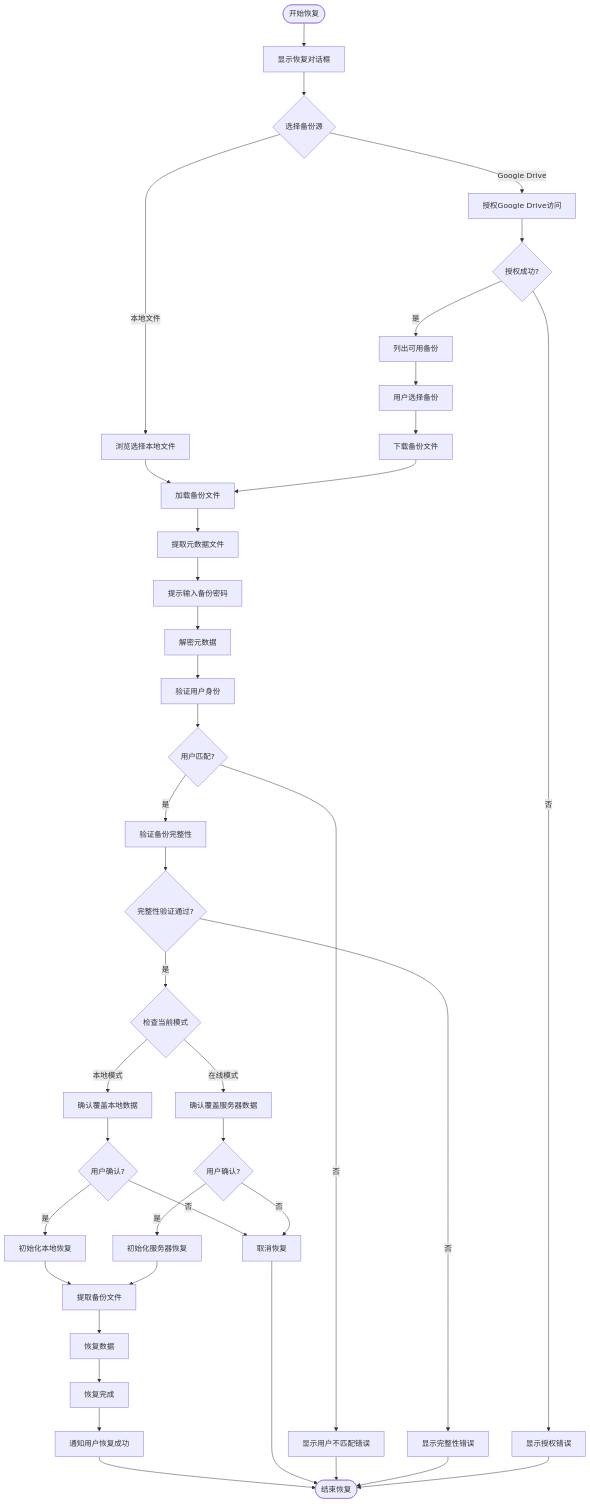
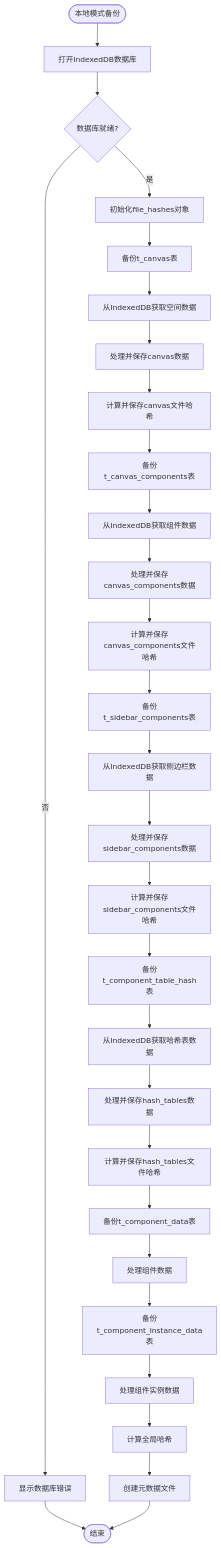
Before and after one commit to yingjianzh/iodraw-files: the diagram in all/未命名-53.md, drawn with Mermaid.

Commit message:
2025-05-09 15:37:31 update

````diff
--- a/all/未命名-53.md
+++ b/all/未命名-53.md
@@ -1,57 +1,41 @@
 ```mermaid
 flowchart TD
-    Start([开始恢复]) --> ShowRestoreDialog[显示恢复对话框]
-    ShowRestoreDialog --> SelectSource{选择备份源}
+    Start([本地模式备份]) --> OpenDB[打开IndexedDB数据库]
+    OpenDB --> DBReady{数据库就绪?}
     
-    SelectSource -->|本地文件| BrowseLocal[浏览选择本地文件]
-    SelectSource -->|Google Drive| AuthGDrive[授权Google Drive访问]
+    DBReady -->|否| ShowDBError[显示数据库错误]
+    DBReady -->|是| InitHashObject[初始化file_hashes对象]
     
-    BrowseLocal --> LoadBackupFile[加载备份文件]
+    ShowDBError --> End([结束])
     
-    AuthGDrive --> AuthSuccess{授权成功?}
-    AuthSuccess -->|否| ShowAuthError[显示授权错误]
-    AuthSuccess -->|是| ListGDriveBackups[列出可用备份]
+    InitHashObject --> BackupCanvas[备份t_canvas表]
+    BackupCanvas --> GetCanvasFromDB[从IndexedDB获取空间数据]
+    GetCanvasFromDB --> ProcessCanvasFile[处理并保存canvas数据]
+    ProcessCanvasFile --> AddCanvasHash[计算并保存canvas文件哈希]
     
-    ListGDriveBackups --> SelectBackup[用户选择备份]
-    SelectBackup --> DownloadBackup[下载备份文件]
-    DownloadBackup --> LoadBackupFile
+    AddCanvasHash --> BackupCanvasComps[备份t_canvas_components表]
+    BackupCanvasComps --> GetCanvasCompsFromDB[从IndexedDB获取组件数据]
+    GetCanvasCompsFromDB --> ProcessCanvasCompsFile[处理并保存canvas_components数据]
+    ProcessCanvasCompsFile --> AddCanvasCompsHash[计算并保存canvas_components文件哈希]
     
-    LoadBackupFile --> ExtractMetadata[提取元数据文件]
-    ExtractMetadata --> PromptPassword[提示输入备份密码]
-    PromptPassword --> DecryptMetadata[解密元数据]
+    AddCanvasCompsHash --> BackupSidebarComps[备份t_sidebar_components表]
+    BackupSidebarComps --> GetSidebarCompsFromDB[从IndexedDB获取侧边栏数据]
+    GetSidebarCompsFromDB --> ProcessSidebarCompsFile[处理并保存sidebar_components数据]
+    ProcessSidebarCompsFile --> AddSidebarCompsHash[计算并保存sidebar_components文件哈希]
     
-    DecryptMetadata --> ValidateUser[验证用户身份]
-    ValidateUser --> UserValid{用户匹配?}
+    AddSidebarCompsHash --> BackupHashTables[备份t_component_table_hash表]
+    BackupHashTables --> GetHashTablesFromDB[从IndexedDB获取哈希表数据]
+    GetHashTablesFromDB --> ProcessHashTablesFile[处理并保存hash_tables数据]
+    ProcessHashTablesFile --> AddHashTablesHash[计算并保存hash_tables文件哈希]
     
-    UserValid -->|否| ShowUserError[显示用户不匹配错误]
-    UserValid -->|是| VerifyIntegrity[验证备份完整性]
+    AddHashTablesHash --> BackupCompData[备份t_component_data表]
+    BackupCompData --> ProcessCompData[处理组件数据]
     
-    VerifyIntegrity --> IntegrityValid{完整性验证通过?}
-    IntegrityValid -->|否| ShowIntegrityError[显示完整性错误]
-    IntegrityValid -->|是| CheckCurrentMode{检查当前模式}
+    ProcessCompData --> BackupInstData[备份t_component_instance_data表]
+    BackupInstData --> ProcessInstData[处理组件实例数据]
     
-    CheckCurrentMode -->|本地模式| ConfirmLocalRestore[确认覆盖本地数据]
-    CheckCurrentMode -->|在线模式| ConfirmServerRestore[确认覆盖服务器数据]
+    ProcessInstData --> CalculateGlobalHash[计算全局哈希]
+    CalculateGlobalHash --> CreateMetadataFile[创建元数据文件]
     
-    ConfirmLocalRestore --> UserConfirm1{用户确认?}
-    UserConfirm1 -->|否| CancelRestore[取消恢复]
-    UserConfirm1 -->|是| InitLocalRestore[初始化本地恢复]
-    
-    ConfirmServerRestore --> UserConfirm2{用户确认?}
-    UserConfirm2 -->|否| CancelRestore
-    UserConfirm2 -->|是| InitServerRestore[初始化服务器恢复]
-    
-    InitLocalRestore --> ExtractBackup[提取备份文件]
-    InitServerRestore --> ExtractBackup
-    
-    ExtractBackup --> RestoreData[恢复数据]
-    
-    RestoreData --> RestoreComplete[恢复完成]
-    RestoreComplete --> NotifySuccess[通知用户恢复成功]
-    NotifySuccess --> End([结束恢复])
-    
-    CancelRestore --> End
-    ShowUserError --> End
-    ShowIntegrityError --> End
-    ShowAuthError --> End
+    CreateMetadataFile --> End
 ```
````
